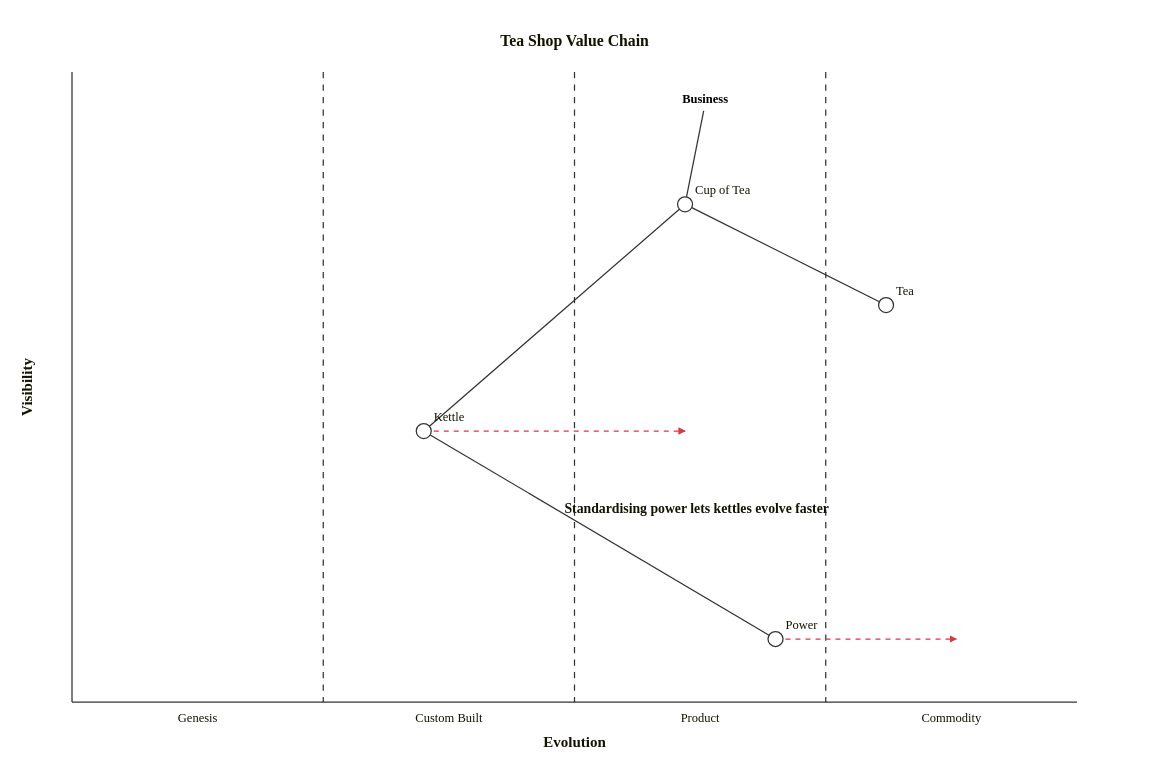
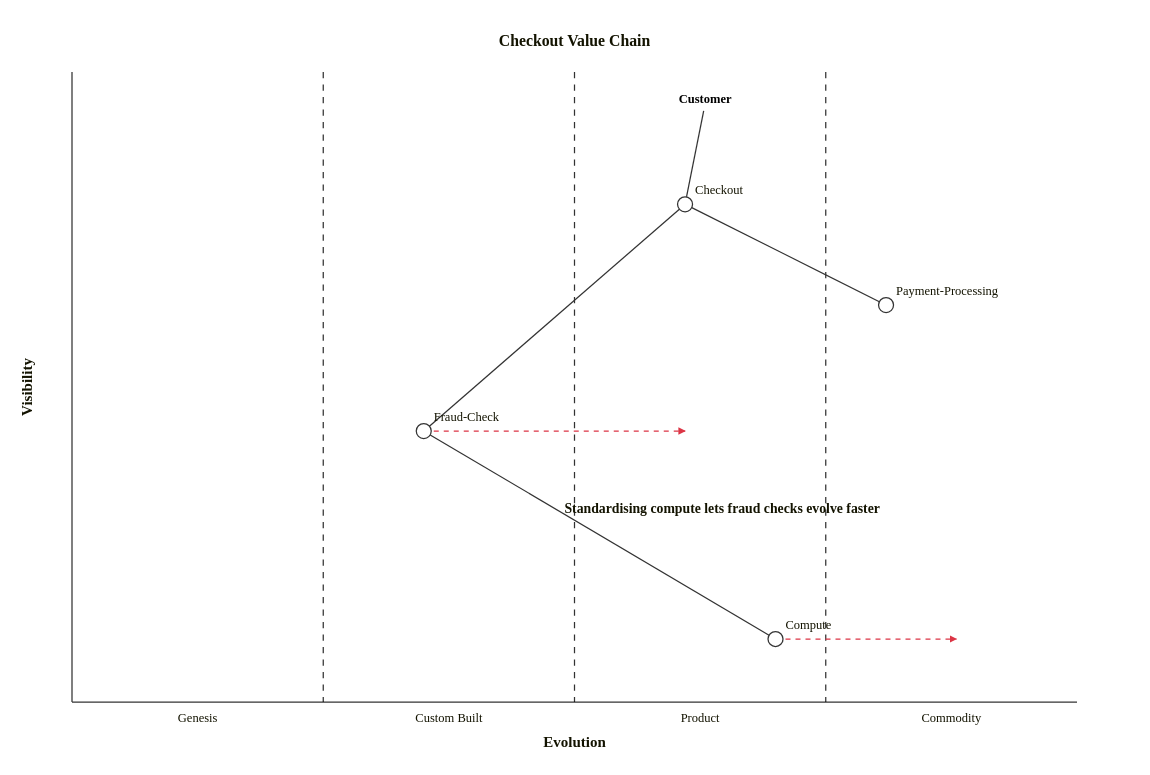
The first of 2 diagrams in mastery-of-mermaid/references/wardley.md (flatrick/agent-skills), drawn with Mermaid before and after one commit. The commit also changed 44 other files, not shown here.

First line of the commit message:
docs: retheme mastery-of-mermaid examples to software-dev scenarios

````diff
--- a/mastery-of-mermaid/references/wardley.md
+++ b/mastery-of-mermaid/references/wardley.md
@@ -22,20 +22,20 @@
 ```mermaid
 wardley-beta
-title Tea Shop Value Chain
+title Checkout Value Chain
 
-anchor Business [0.95, 0.63]
-component Cup of Tea [0.79, 0.61]
-component Tea [0.63, 0.81]
-component Kettle [0.43, 0.35]
-component Power [0.10, 0.70]
+anchor Customer [0.95, 0.63]
+component Checkout [0.79, 0.61]
+component Payment-Processing [0.63, 0.81]
+component Fraud-Check [0.43, 0.35]
+component Compute [0.10, 0.70]
 
-Business -> Cup of Tea
-Cup of Tea -> Tea
-Cup of Tea -> Kettle
-Kettle -> Power
+Customer -> Checkout
+Checkout -> Payment-Processing
+Checkout -> Fraud-Check
+Fraud-Check -> Compute
 
-evolve Kettle 0.62
-evolve Power 0.89
+evolve Fraud-Check 0.62
+evolve Compute 0.89
 
-note "Standardising power lets kettles evolve faster" [0.30, 0.49]
+note "Standardising compute lets fraud checks evolve faster" [0.30, 0.49]
 ```
````
